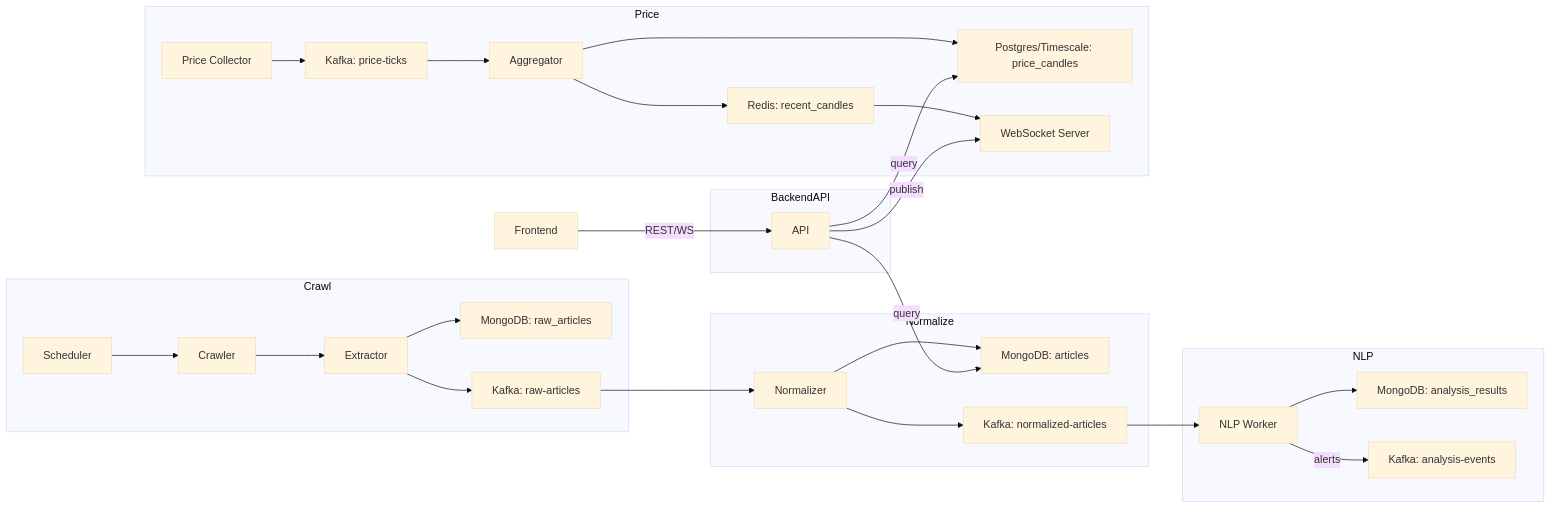
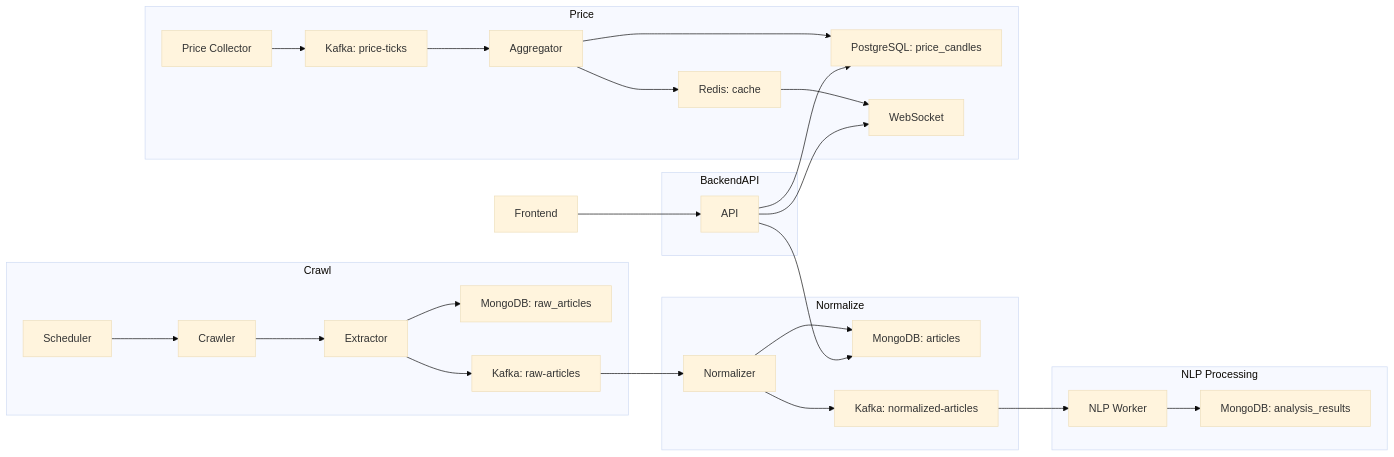
Before and after one commit to HCMUS-Software-Architecture/Back-end: the second of 2 diagrams in doc/Architecture.md, drawn with Mermaid (base theme). The commit also changed other lines of this file and 6 other files, not shown here.

Commit message:
Restructure documentation with evolutionary architecture and separate operations guide

````diff
--- a/doc/Architecture.md
+++ b/doc/Architecture.md
@@ -106,38 +381,36 @@
 ```mermaid
 flowchart LR
   subgraph Crawl
     S[Scheduler] --> CR[Crawler]
     CR --> EX[Extractor]
     EX --> M1[MongoDB: raw_articles]
     EX --> K1[Kafka: raw-articles]
   end
 
   subgraph Normalize
     K1 --> N[Normalizer]
     N --> MA[MongoDB: articles]
     N --> K2[Kafka: normalized-articles]
   end
 
-  subgraph NLP
+  subgraph NLPProcess[NLP Processing]
     K2 --> W[NLP Worker]
     W --> AR[MongoDB: analysis_results]
-    W -->|alerts| K3[Kafka: analysis-events]
   end
 
   subgraph Price
     PC[Price Collector] --> Kp[Kafka: price-ticks]
     Kp --> AG[Aggregator]
-    AG --> PG[Postgres/Timescale: price_candles]
-    AG --> Rd[Redis: recent_candles]
-    Rd --> WS[WebSocket Server]
+    AG --> PG[PostgreSQL: price_candles]
+    AG --> Rd[Redis: cache]
+    Rd --> WS[WebSocket]
   end
 
   subgraph BackendAPI
-    API -->|query| PG
-    API -->|query| MA
-    API -->|publish| WS
+    API --> PG
+    API --> MA
+    API --> WS
   end
 
-  Web[Frontend] -->|REST/WS| API
-
+  Web[Frontend] --> API
 ```
````
